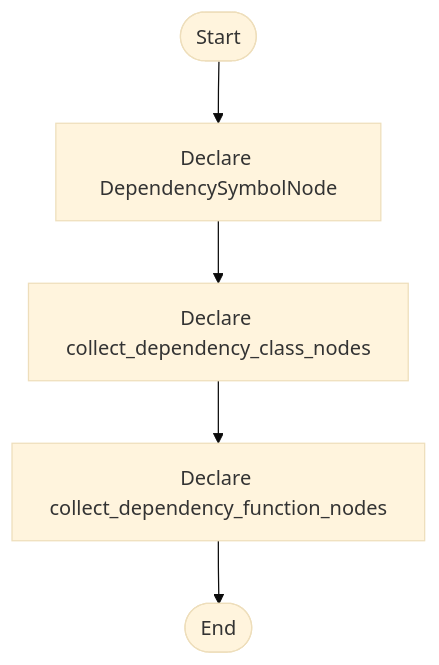
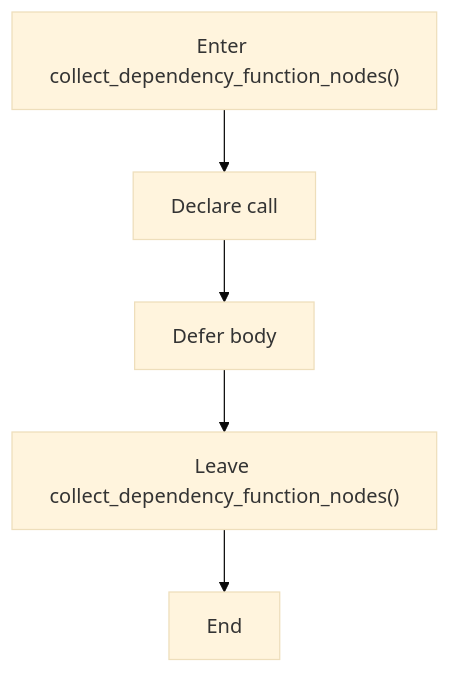
Before and after one commit to JohnAndrewBalbarosa/NeoTerritory: the second of 5 diagrams in docs/Codebase/Microservice/Modules/Header/SyntacticBrokenAST/ParseTree/parse_tree_dependency_utils.hpp.md, drawn with Mermaid (base theme). The commit also changed other lines of this file and 752 other files, not shown here.

````diff
--- a/docs/Codebase/Microservice/Modules/Header/SyntacticBrokenAST/ParseTree/parse_tree_dependency_utils.hpp.md
+++ b/docs/Codebase/Microservice/Modules/Header/SyntacticBrokenAST/ParseTree/parse_tree_dependency_utils.hpp.md
@@ -34,12 +49,12 @@
 ```mermaid
 flowchart TD
-    Start([Start])
-    N0[Declare DependencySymbolNode]
-    N1[Declare collect_dependency_class_nodes]
-    N2[Declare collect_dependency_function_nodes]
-    End([End])
-    Start --> N0
+    N0["Enter collect_dependency_function_nodes()"]
+    N1["Declare call"]
+    N2["Defer body"]
+    N3["Leave collect_dependency_function_nodes()"]
+    N4["End"]
     N0 --> N1
     N1 --> N2
-    N2 --> End
+    N2 --> N3
+    N3 --> N4
 ```
````
